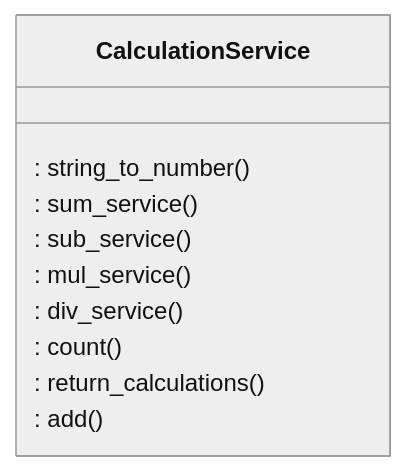
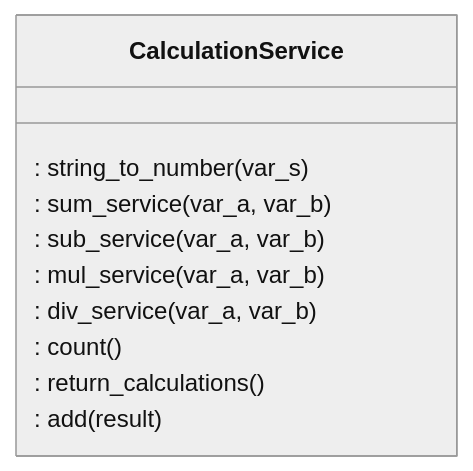
The diagram in dokumentaatio/arkkitehtuuri.md (n0spoon/ot-harjoitustyo), drawn with Mermaid (neutral theme) before and after one commit. The commit also changed 1 other file, not shown here.

Commit message:
Refining README.md and /dokumentaatio/arkkitehtuuri.md

````diff
--- a/dokumentaatio/arkkitehtuuri.md
+++ b/dokumentaatio/arkkitehtuuri.md
@@ -13,13 +13,13 @@
 ```mermaid
  classDiagram
      class CalculationService{
-     : string_to_number()
-     : sum_service()
-     : sub_service()
-     : mul_service()
-     : div_service()
+     : string_to_number(var_s)
+     : sum_service(var_a, var_b)
+     : sub_service(var_a, var_b)
+     : mul_service(var_a, var_b)
+     : div_service(var_a, var_b)
      : count()
      : return_calculations()
-     : add()
+     : add(result)
 }
 ```
````
